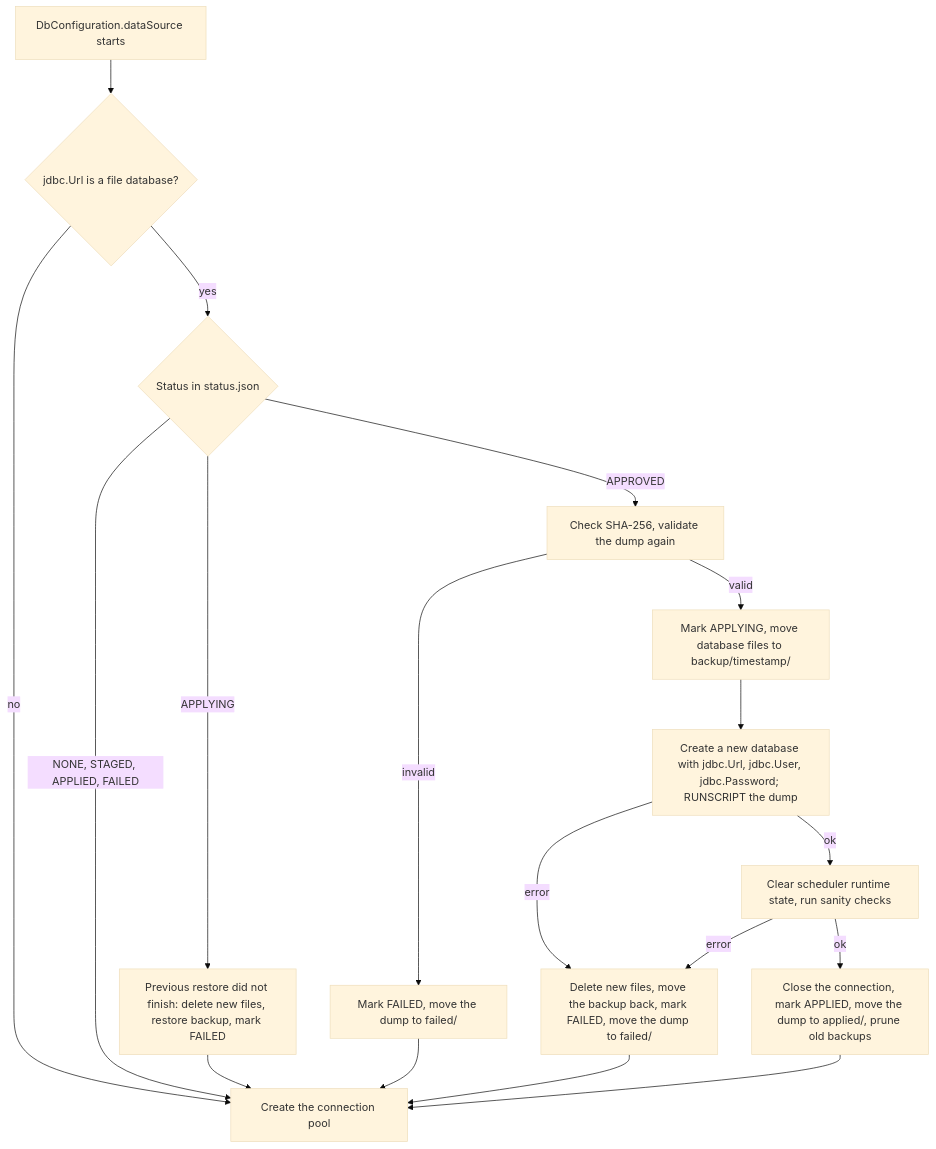
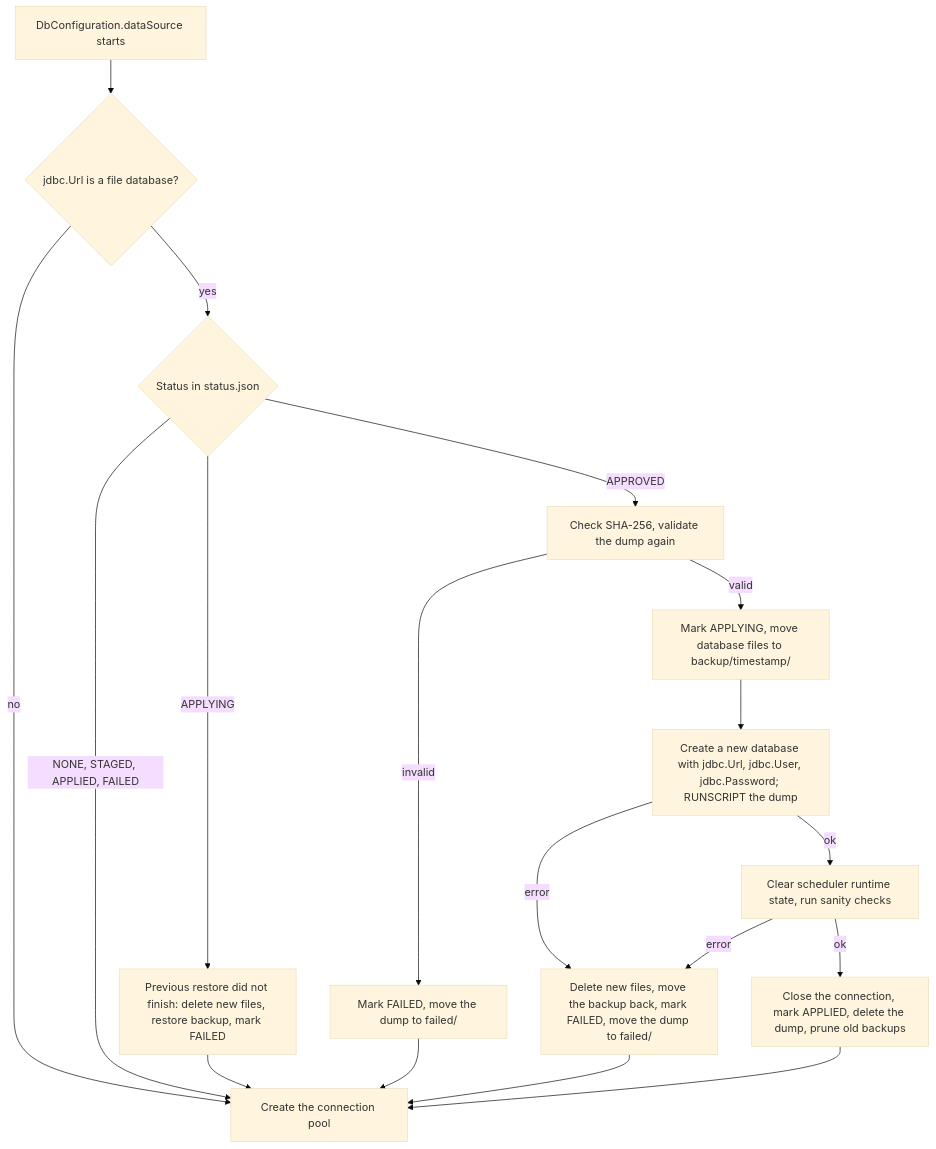
The fourth of 5 diagrams in docs/design/database-transfer.md (Netcracker/qubership-testing-platform-tdm3), drawn with Mermaid (base theme) before and after one commit. The commit also changed other lines of this file and 27 other files, not shown here.

````diff
--- a/docs/design/database-transfer.md
+++ b/docs/design/database-transfer.md
@@ -337,20 +353,20 @@
 ```mermaid
 flowchart TD
     A["DbConfiguration.dataSource starts"] --> B{"jdbc.Url is a file database?"}
     B -- no --> POOL["Create the connection pool"]
     B -- yes --> C{"Status in status.json"}
     C -- "NONE, STAGED, APPLIED, FAILED" --> POOL
     C -- APPLYING --> CRASH["Previous restore did not finish: delete new files, restore backup, mark FAILED"]
     CRASH --> POOL
     C -- APPROVED --> D["Check SHA-256, validate the dump again"]
     D -- invalid --> F1["Mark FAILED, move the dump to failed/"]
     F1 --> POOL
     D -- valid --> E["Mark APPLYING, move database files to backup/timestamp/"]
     E --> G["Create a new database with jdbc.Url, jdbc.User, jdbc.Password; RUNSCRIPT the dump"]
     G -- error --> RB["Delete new files, move the backup back, mark FAILED, move the dump to failed/"]
     RB --> POOL
     G -- ok --> H["Clear scheduler runtime state, run sanity checks"]
     H -- error --> RB
-    H -- ok --> I["Close the connection, mark APPLIED, move the dump to applied/, prune old backups"]
+    H -- ok --> I["Close the connection, mark APPLIED, delete the dump, prune old backups"]
     I --> POOL
 ```
````
